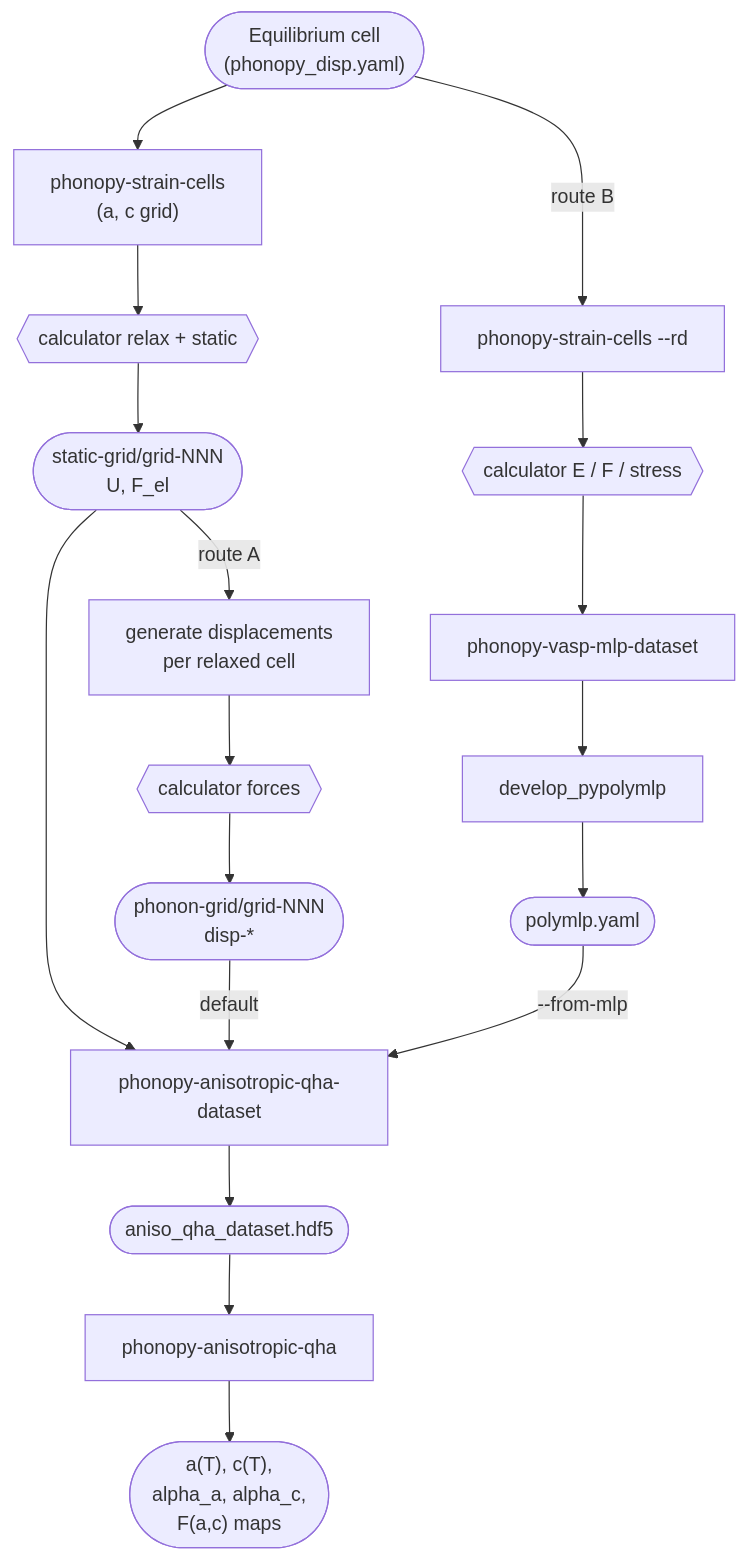
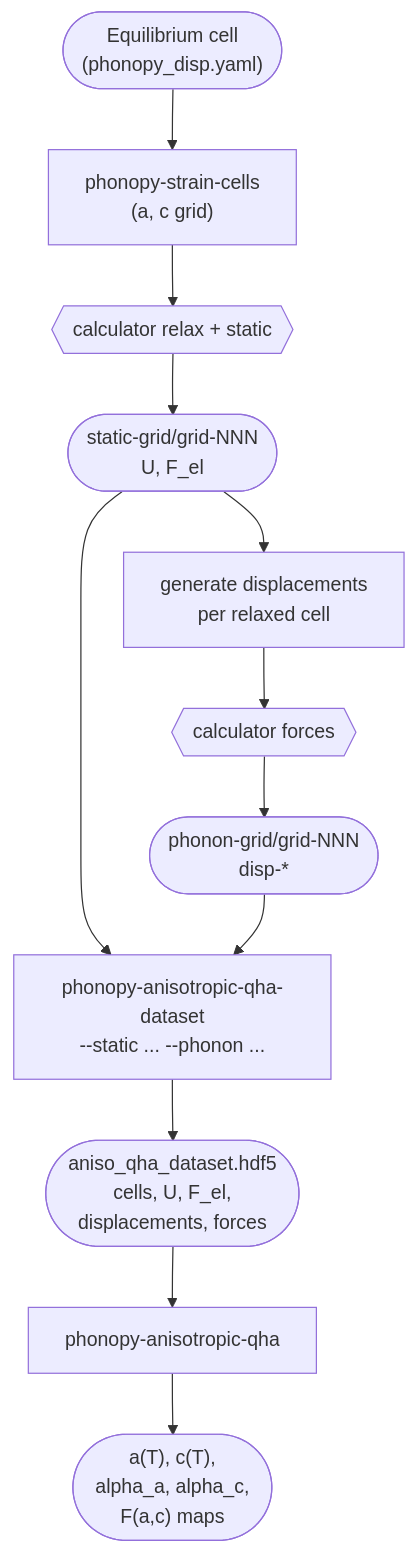
Before and after one commit to phonopy/phonopy: the first of 2 diagrams in doc/anisotropic-qha.md, drawn with Mermaid. The commit also changed other lines of this file and 3 other files, not shown here.

Commit message:
Move the anisotropic QHA contour plots into phonopy.qha.anisotropic_plot

````diff
--- a/doc/anisotropic-qha.md
+++ b/doc/anisotropic-qha.md
@@ -66,26 +84,18 @@
 ```{mermaid}
 flowchart TD
     EQ(["Equilibrium cell<br/>(phonopy_disp.yaml)"])
-
     EQ --> SC["phonopy-strain-cells<br/>(a, c grid)"]
     SC --> RELAX{{"calculator relax + static"}}
     RELAX --> SGRID(["static-grid/grid-NNN<br/>U, F_el"])
 
-    SGRID -->|"route A"| PD["generate displacements<br/>per relaxed cell"]
+    SGRID --> PD["generate displacements<br/>per relaxed cell"]
     PD --> CALCF{{"calculator forces"}}
     CALCF --> PGRID(["phonon-grid/grid-NNN<br/>disp-*"])
 
-    EQ -->|"route B"| SCT["phonopy-strain-cells --rd"]
-    SCT --> CALCT{{"calculator E / F / stress"}}
-    CALCT --> MLPDS["phonopy-vasp-mlp-dataset"]
-    MLPDS --> DEV["develop_pypolymlp"]
-    DEV --> MLP(["polymlp.yaml"])
-
-    SGRID --> BUILD["phonopy-anisotropic-qha-dataset"]
-    PGRID -->|"default"| BUILD
-    MLP -->|"--from-mlp"| BUILD
-    BUILD --> DS(["aniso_qha_dataset.hdf5"])
+    SGRID --> BUILD["phonopy-anisotropic-qha-dataset<br/>--static ... --phonon ..."]
+    PGRID --> BUILD
+    BUILD --> DS(["aniso_qha_dataset.hdf5<br/>cells, U, F_el,<br/>displacements, forces"])
 
     DS --> ANA["phonopy-anisotropic-qha"]
     ANA --> RES(["a(T), c(T),<br/>alpha_a, alpha_c,<br/>F(a,c) maps"])
 ```
````
